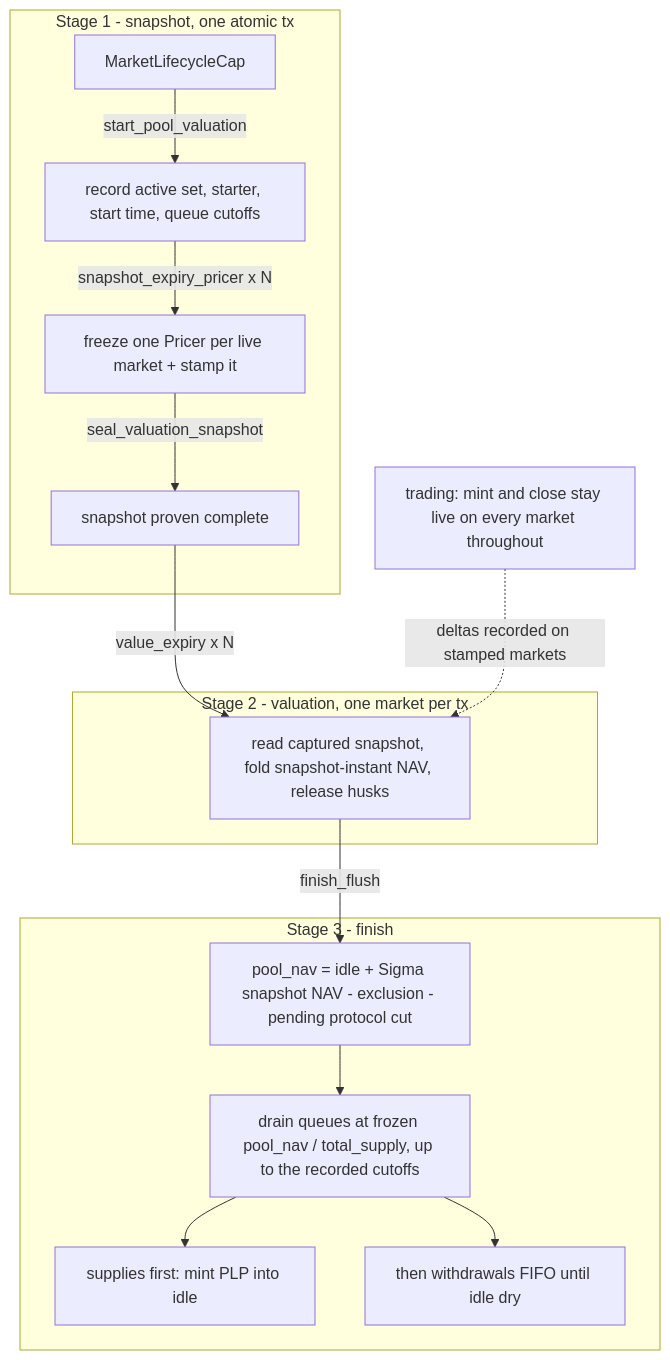
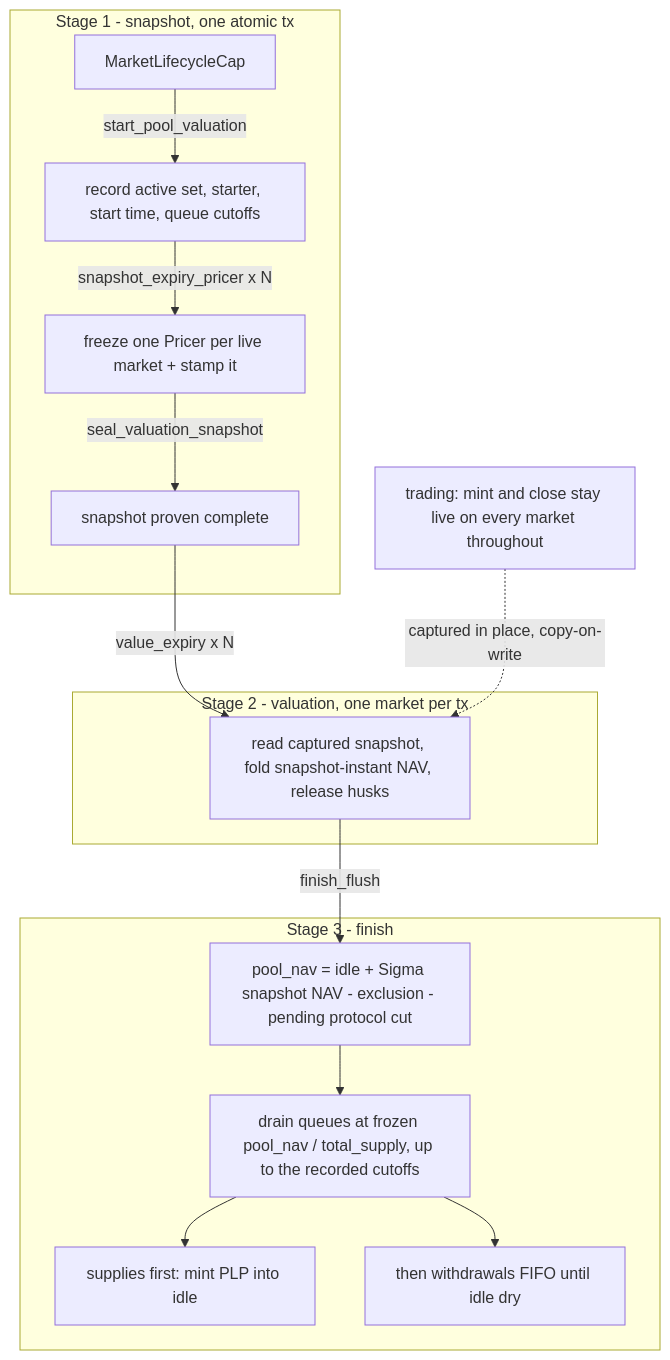
Before and after one commit to MystenLabs/deepbookv3: the diagram in packages/predict/docs/concepts/liquidity-and-nav.md, drawn with Mermaid. The commit also changed other lines of this file and 7 other files, not shown here.

````diff
--- a/packages/predict/docs/concepts/liquidity-and-nav.md
+++ b/packages/predict/docs/concepts/liquidity-and-nav.md
@@ -93,18 +93,18 @@
 ```mermaid
 flowchart TD
   subgraph S1[Stage 1 - snapshot, one atomic tx]
     CAP[MarketLifecycleCap] -->|start_pool_valuation| REC[record active set, starter, start time, queue cutoffs]
     REC -->|snapshot_expiry_pricer x N| FRZ[freeze one Pricer per live market + stamp it]
     FRZ -->|seal_valuation_snapshot| SEAL[snapshot proven complete]
   end
   subgraph S2[Stage 2 - valuation, one market per tx]
     SEAL -->|value_expiry x N| EXP[read captured snapshot, fold snapshot-instant NAV, release husks]
   end
   subgraph S3[Stage 3 - finish]
     EXP -->|finish_flush| NAV[pool_nav = idle + Sigma snapshot NAV - exclusion - pending protocol cut]
     NAV --> DRAIN[drain queues at frozen pool_nav / total_supply, up to the recorded cutoffs]
     DRAIN --> SUP[supplies first: mint PLP into idle]
     DRAIN --> WD[then withdrawals FIFO until idle dry]
   end
-  TRADE[trading: mint and close stay live on every market throughout] -.->|deltas recorded on stamped markets| EXP
+  TRADE[trading: mint and close stay live on every market throughout] -.->|captured in place, copy-on-write| EXP
 ```
````
